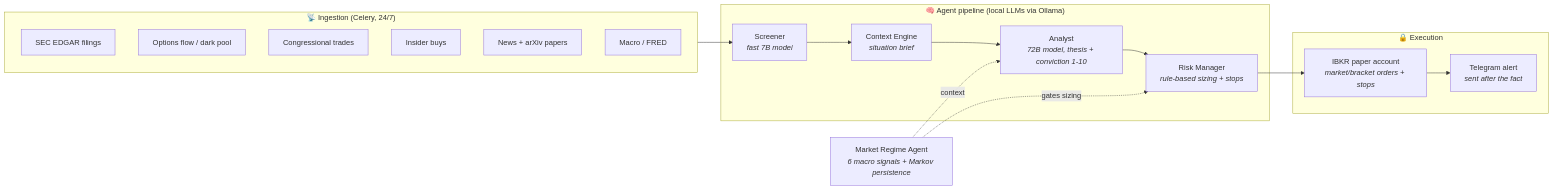
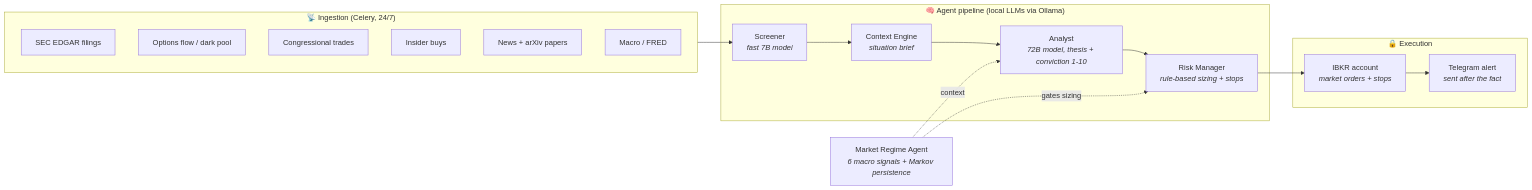
Before and after one commit to LukePuz/helios: the diagram in README.md, drawn with Mermaid. The commit also changed other lines of this file, not shown here.

````diff
--- a/README.md
+++ b/README.md
@@ -15,28 +17,28 @@
 ```mermaid
 flowchart LR
     subgraph Ingestion["📡 Ingestion (Celery, 24/7)"]
         E[SEC EDGAR filings]
         O[Options flow / dark pool]
         C[Congressional trades]
         I[Insider buys]
         N[News + arXiv papers]
         M[Macro / FRED]
     end
 
     subgraph Pipeline["🧠 Agent pipeline (local LLMs via Ollama)"]
         S[Screener<br/><i>fast 7B model</i>]
         B[Context Engine<br/><i>situation brief</i>]
         A[Analyst<br/><i>72B model, thesis + conviction 1-10</i>]
         R[Risk Manager<br/><i>rule-based sizing + stops</i>]
     end
 
     subgraph Execution["🔒 Execution"]
-        IB[IBKR paper account<br/><i>market/bracket orders + stops</i>]
+        IB[IBKR account<br/><i>market orders + stops</i>]
         T[Telegram alert<br/><i>sent after the fact</i>]
     end
 
     Ingestion --> S --> B --> A --> R --> IB --> T
 
     REG[Market Regime Agent<br/><i>6 macro signals + Markov persistence</i>] -.->|gates sizing| R
     REG -.->|context| A
 ```
````
